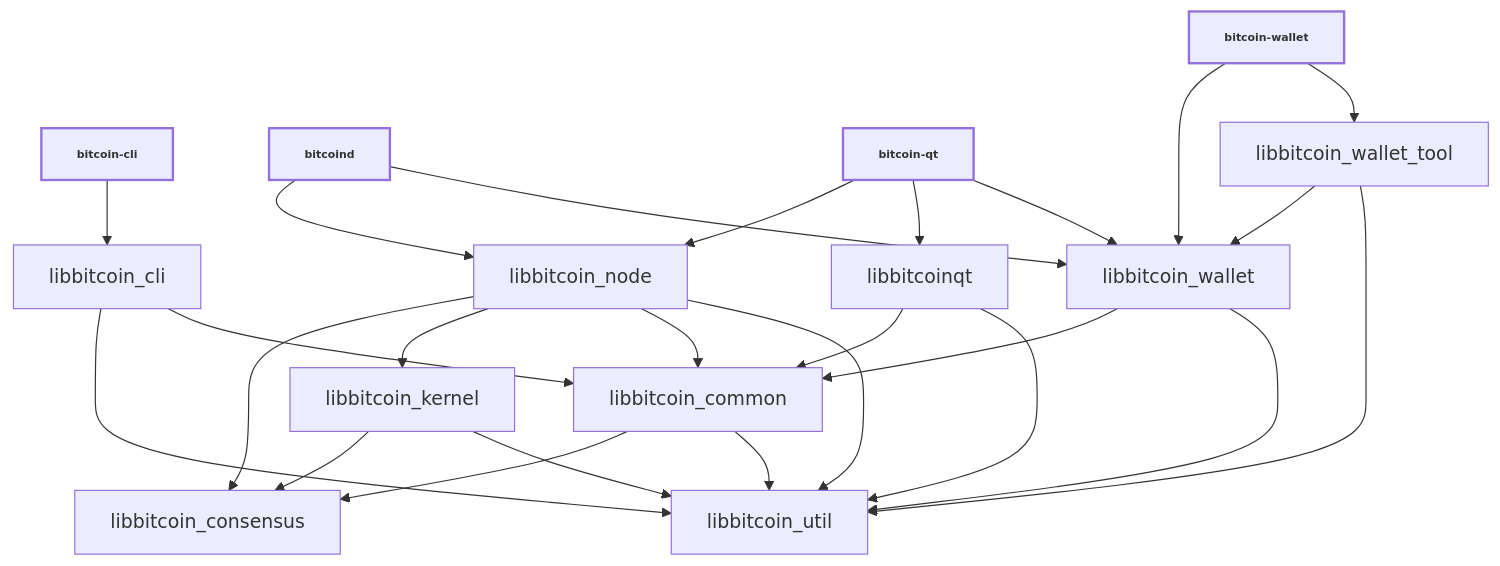
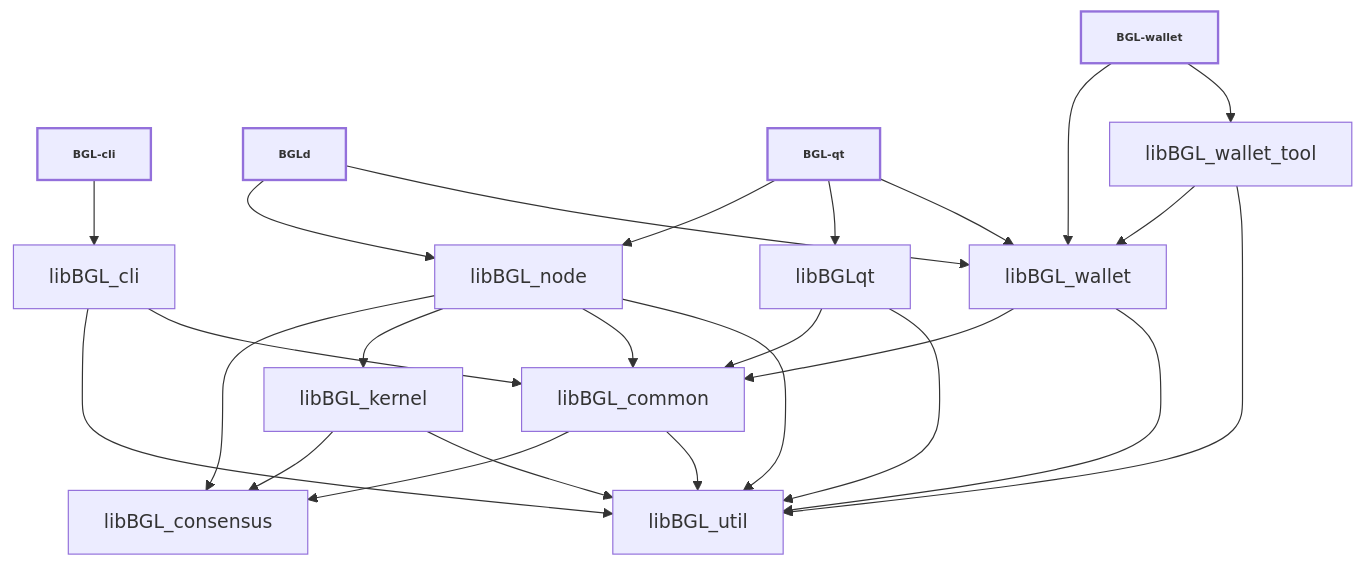
The diagram in doc/design/libraries.md (BitgesellOfficial/bitgesell), drawn with Mermaid before and after one commit. The commit also changed other lines of this file and 1 other file, not shown here.

Commit message:
doc: Clarify libbitcoin_consensus in design/libraries.md

````diff
--- a/doc/design/libraries.md
+++ b/doc/design/libraries.md
@@ -36,44 +36,44 @@
 ```mermaid
 
 %%{ init : { "flowchart" : { "curve" : "basis" }}}%%
 
 graph TD;
 
-bitcoin-cli[bitcoin-cli]-->libbitcoin_cli;
+BGL-cli[BGL-cli]-->libBGL_cli;
 
-bitcoind[bitcoind]-->libbitcoin_node;
-bitcoind[bitcoind]-->libbitcoin_wallet;
+BGLd[BGLd]-->libBGL_node;
+BGLd[BGLd]-->libBGL_wallet;
 
-bitcoin-qt[bitcoin-qt]-->libbitcoin_node;
-bitcoin-qt[bitcoin-qt]-->libbitcoinqt;
-bitcoin-qt[bitcoin-qt]-->libbitcoin_wallet;
+BGL-qt[BGL-qt]-->libBGL_node;
+BGL-qt[BGL-qt]-->libBGLqt;
+BGL-qt[BGL-qt]-->libBGL_wallet;
 
-bitcoin-wallet[bitcoin-wallet]-->libbitcoin_wallet;
-bitcoin-wallet[bitcoin-wallet]-->libbitcoin_wallet_tool;
+BGL-wallet[BGL-wallet]-->libBGL_wallet;
+BGL-wallet[BGL-wallet]-->libBGL_wallet_tool;
 
-libbitcoin_cli-->libbitcoin_util;
-libbitcoin_cli-->libbitcoin_common;
+libBGL_cli-->libBGL_util;
+libBGL_cli-->libBGL_common;
 
-libbitcoin_common-->libbitcoin_consensus;
-libbitcoin_common-->libbitcoin_util;
+libBGL_common-->libBGL_consensus;
+libBGL_common-->libBGL_util;
 
-libbitcoin_kernel-->libbitcoin_consensus;
-libbitcoin_kernel-->libbitcoin_util;
+libBGL_kernel-->libBGL_consensus;
+libBGL_kernel-->libBGL_util;
 
-libbitcoin_node-->libbitcoin_consensus;
-libbitcoin_node-->libbitcoin_kernel;
-libbitcoin_node-->libbitcoin_common;
-libbitcoin_node-->libbitcoin_util;
+libBGL_node-->libBGL_consensus;
+libBGL_node-->libBGL_kernel;
+libBGL_node-->libBGL_common;
+libBGL_node-->libBGL_util;
 
-libbitcoinqt-->libbitcoin_common;
-libbitcoinqt-->libbitcoin_util;
+libBGLqt-->libBGL_common;
+libBGLqt-->libBGL_util;
 
-libbitcoin_wallet-->libbitcoin_common;
-libbitcoin_wallet-->libbitcoin_util;
+libBGL_wallet-->libBGL_common;
+libBGL_wallet-->libBGL_util;
 
-libbitcoin_wallet_tool-->libbitcoin_wallet;
-libbitcoin_wallet_tool-->libbitcoin_util;
+libBGL_wallet_tool-->libBGL_wallet;
+libBGL_wallet_tool-->libBGL_util;
 
 classDef bold stroke-width:2px, font-weight:bold, font-size: smaller;
-class bitcoin-qt,bitcoind,bitcoin-cli,bitcoin-wallet bold
+class BGL-qt,BGLd,BGL-cli,BGL-wallet bold
 ```
````
